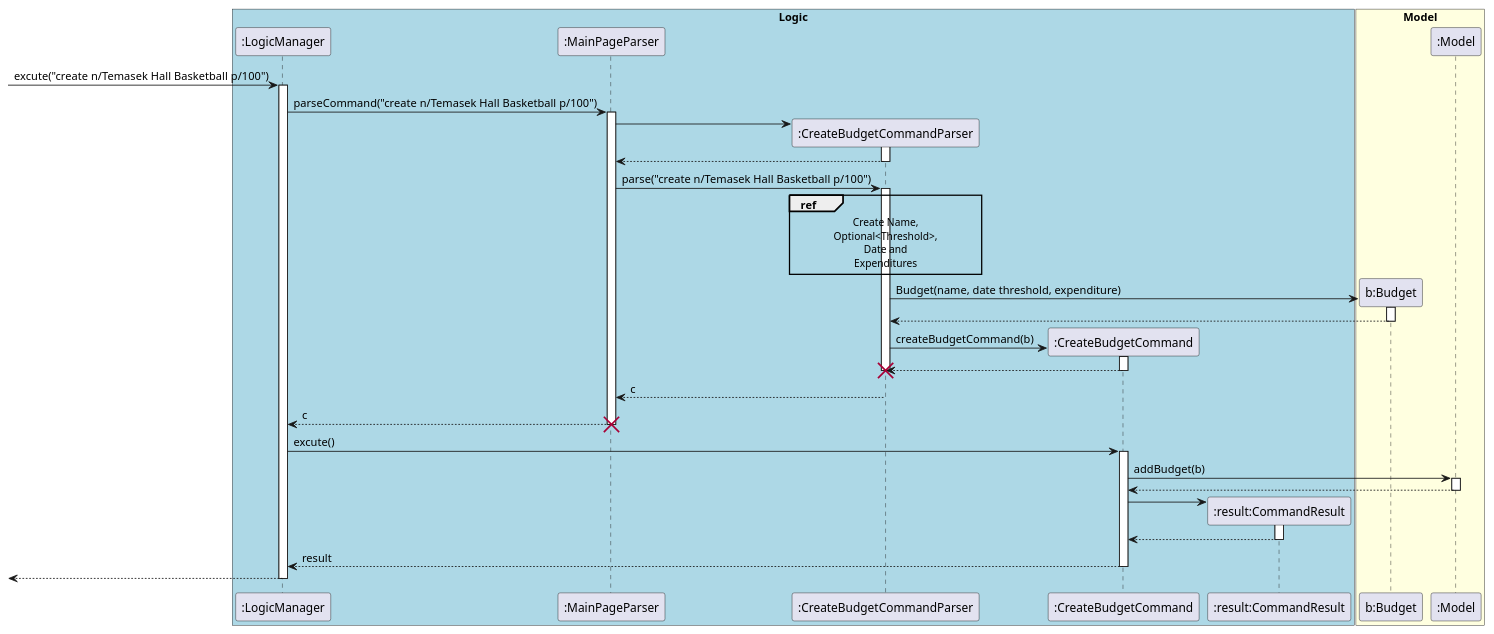
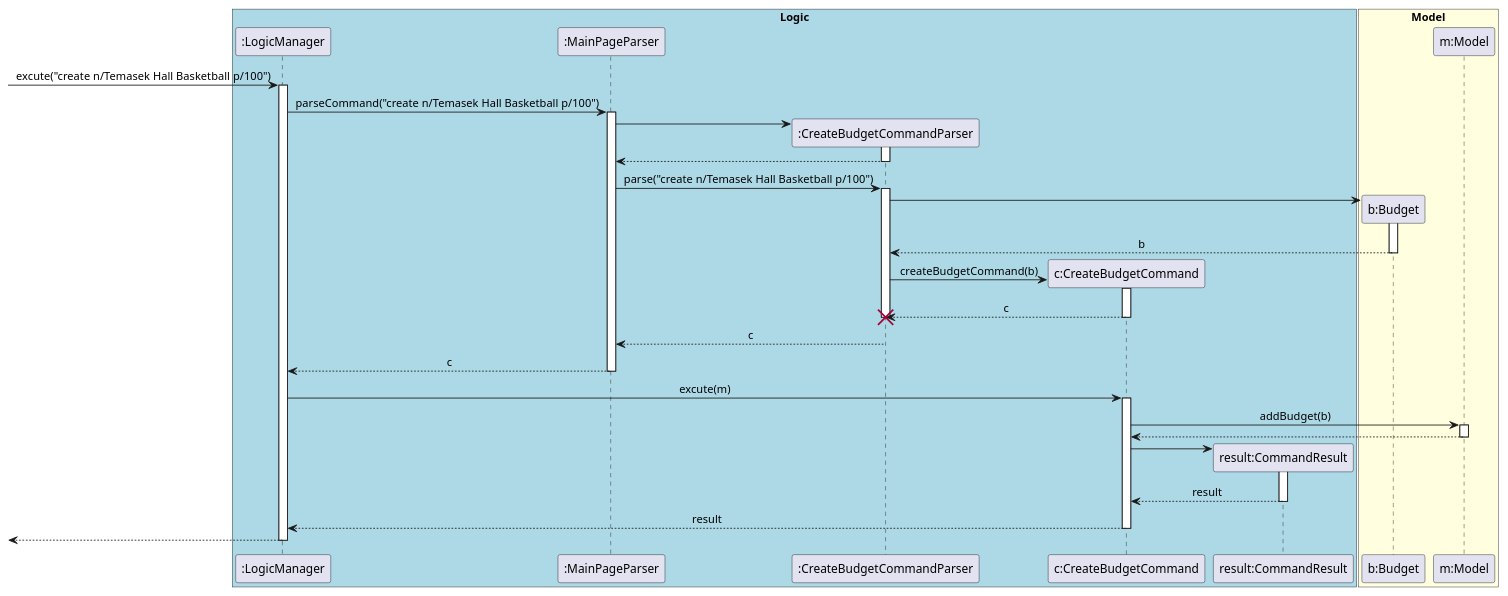
The diagram in docs/diagrams/commandsPlantUML/CreateBudgetCommand.puml (yu-ming-chen/tp), drawn with PlantUML before and after one commit. The commit also changed 3 other files, not shown here.

Commit message:
Add UML diagram for CreateBudgetCommand and EditBudgetCommand

```diff
--- a/docs/diagrams/commandsPlantUML/CreateBudgetCommand.puml
+++ b/docs/diagrams/commandsPlantUML/CreateBudgetCommand.puml
@@ -1,73 +1,68 @@
 @startuml
+skinparam Sequence {
+    MessageAlign center
+}
 box "Logic" #LightBlue
 participant ":LogicManager" as LM
 participant ":MainPageParser" as MPP
 participant ":CreateBudgetCommandParser" as CBCP
-participant ":CreateBudgetCommand" as CBC
-participant ":result:CommandResult" as CR
+participant "c:CreateBudgetCommand" as CBC
+participant "result:CommandResult" as CR
 end box
 
 box "Model" #LightYellow
 participant "b:Budget" as Budget
-participant ":Model" as M
+participant "m:Model" as M
 end box
 
 [-> LM : excute("create n/Temasek Hall Basketball p/100")
 activate LM
 LM -> MPP : parseCommand("create n/Temasek Hall Basketball p/100")
 activate MPP
 
 create CBCP
 MPP -> CBCP
 activate CBCP
 MPP <-- CBCP
 deactivate CBCP
 MPP -> CBCP : parse("create n/Temasek Hall Basketball p/100")
 activate CBCP
 
-ref over CBCP
-    Create Name,
-    Optional<Threshold>,
-    Date and
-    Expenditures
-end ref
-
-
 create Budget
-CBCP -> Budget : Budget(name, date threshold, expenditure)
+CBCP -> Budget
 activate Budget
-CBCP <-- Budget
+CBCP <-- Budget : b
 deactivate Budget
 
 create CBC
 CBCP -> CBC : createBudgetCommand(b)
 activate CBC
-CBCP <-- CBC
+CBCP <-- CBC : c
 deactivate CBC
 destroy CBCP
 MPP <-- CBCP : c
 deactivate CBCP
 LM <-- MPP : c
-destroy MPP
+deactivate MPP
 
-LM -> CBC: excute()
+LM -> CBC: excute(m)
 
 activate CBC
 CBC -> M : addBudget(b)
 activate M
 CBC <-- M
 deactivate M
 
 create CR
 CBC -> CR
 activate CR
-CBC <-- CR
+CBC <-- CR :result
 deactivate CR
 
 LM <-- CBC: result
 deactivate CBC
 [<-- LM
 deactivate LM
 
 
 @enduml
```
